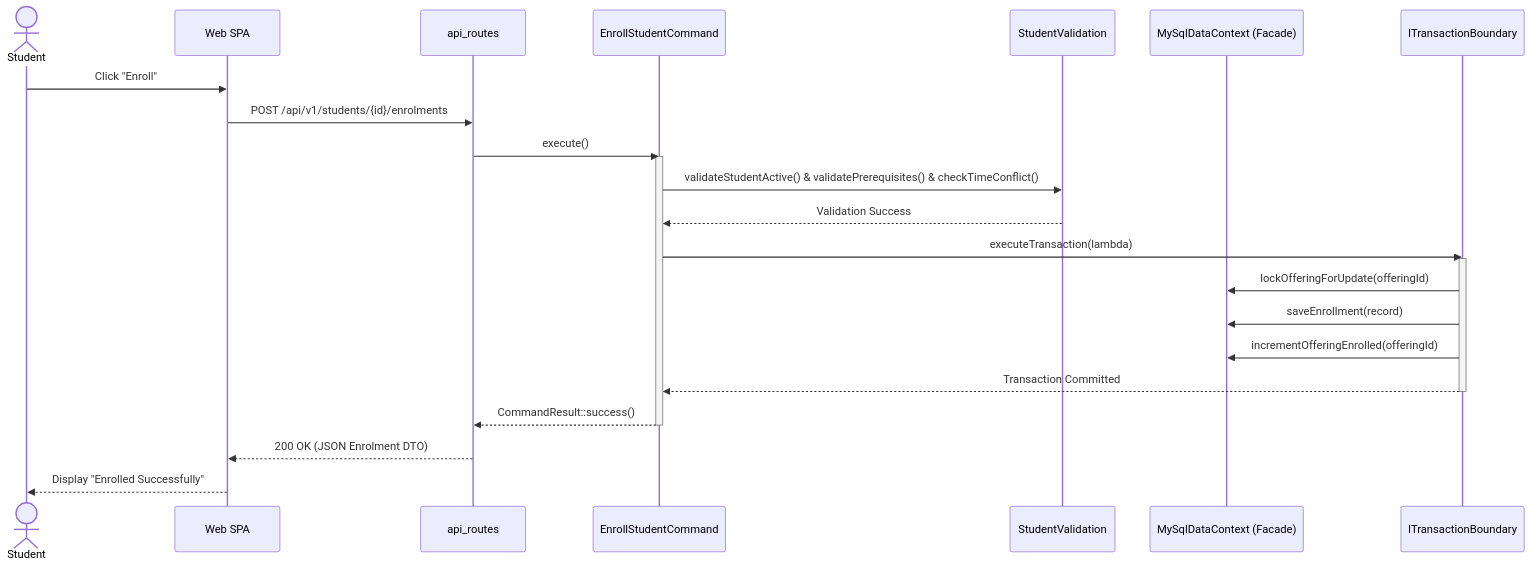
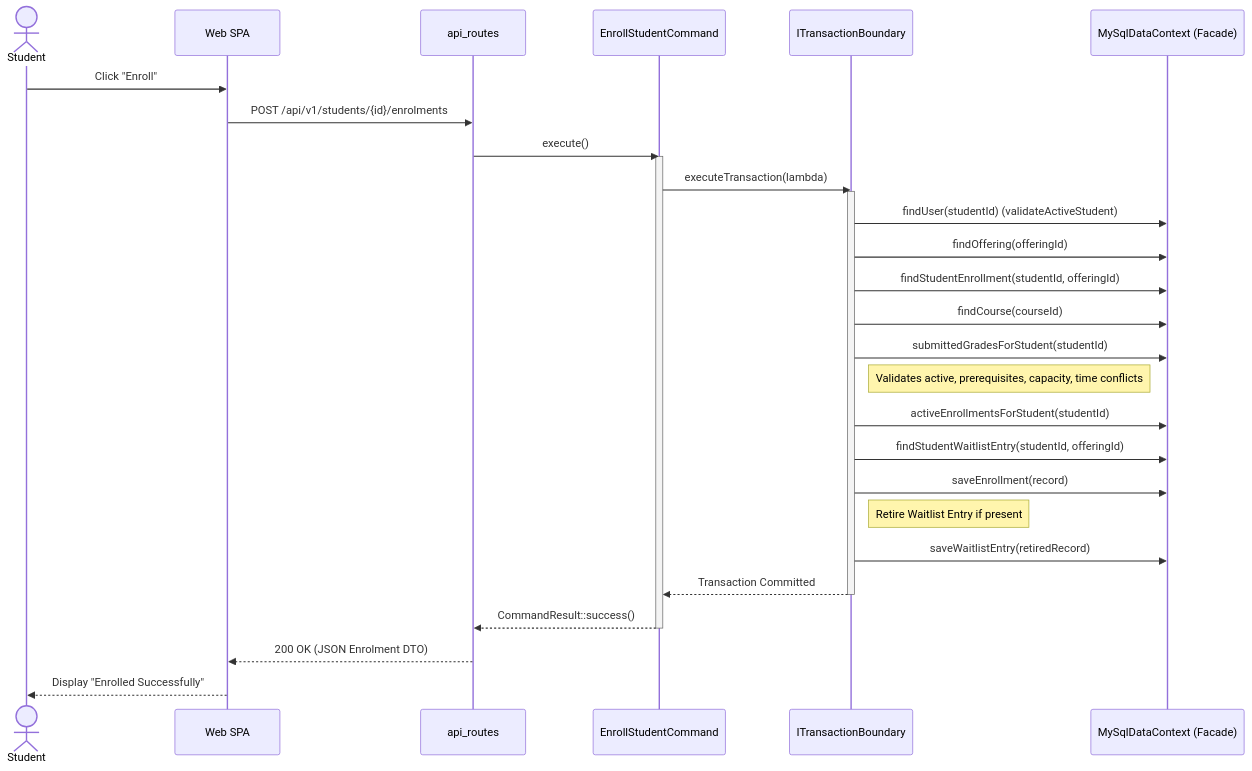
The second of 13 diagrams in docs/uml_sequence_diagram.md (DesanSilva/university-course-enrolment-system), drawn with Mermaid before and after one commit. The commit also changed other lines of this file and 3 other files, not shown here.

Commit message:
updated UML diagrams

````diff
--- a/docs/uml_sequence_diagram.md
+++ b/docs/uml_sequence_diagram.md
@@ -31,28 +36,33 @@
 ```mermaid
 sequenceDiagram
     actor Student
     participant SPA as Web SPA
     participant Router as api_routes
     participant Command as EnrollStudentCommand
-    participant Val as StudentValidation
+    participant Tx as ITransactionBoundary
     participant Store as MySqlDataContext (Facade)
-    participant Tx as ITransactionBoundary
 
     Student->>SPA: Click "Enroll"
     SPA->>Router: POST /api/v1/students/{id}/enrolments
     Router->>Command: execute()
     activate Command
-    Command->>Val: validateStudentActive() & validatePrerequisites() & checkTimeConflict()
-    Val-->>Command: Validation Success
     Command->>Tx: executeTransaction(lambda)
     activate Tx
-    Tx->>Store: lockOfferingForUpdate(offeringId)
+    Tx->>Store: findUser(studentId) (validateActiveStudent)
+    Tx->>Store: findOffering(offeringId)
+    Tx->>Store: findStudentEnrollment(studentId, offeringId)
+    Tx->>Store: findCourse(courseId)
+    Tx->>Store: submittedGradesForStudent(studentId)
+    Note right of Tx: Validates active, prerequisites, capacity, time conflicts
+    Tx->>Store: activeEnrollmentsForStudent(studentId)
+    Tx->>Store: findStudentWaitlistEntry(studentId, offeringId)
     Tx->>Store: saveEnrollment(record)
-    Tx->>Store: incrementOfferingEnrolled(offeringId)
+    Note right of Tx: Retire Waitlist Entry if present
+    Tx->>Store: saveWaitlistEntry(retiredRecord)
     Tx-->>Command: Transaction Committed
     deactivate Tx
     Command-->>Router: CommandResult::success()
     deactivate Command
     Router-->>SPA: 200 OK (JSON Enrolment DTO)
     SPA-->>Student: Display "Enrolled Successfully"
 ```
````
